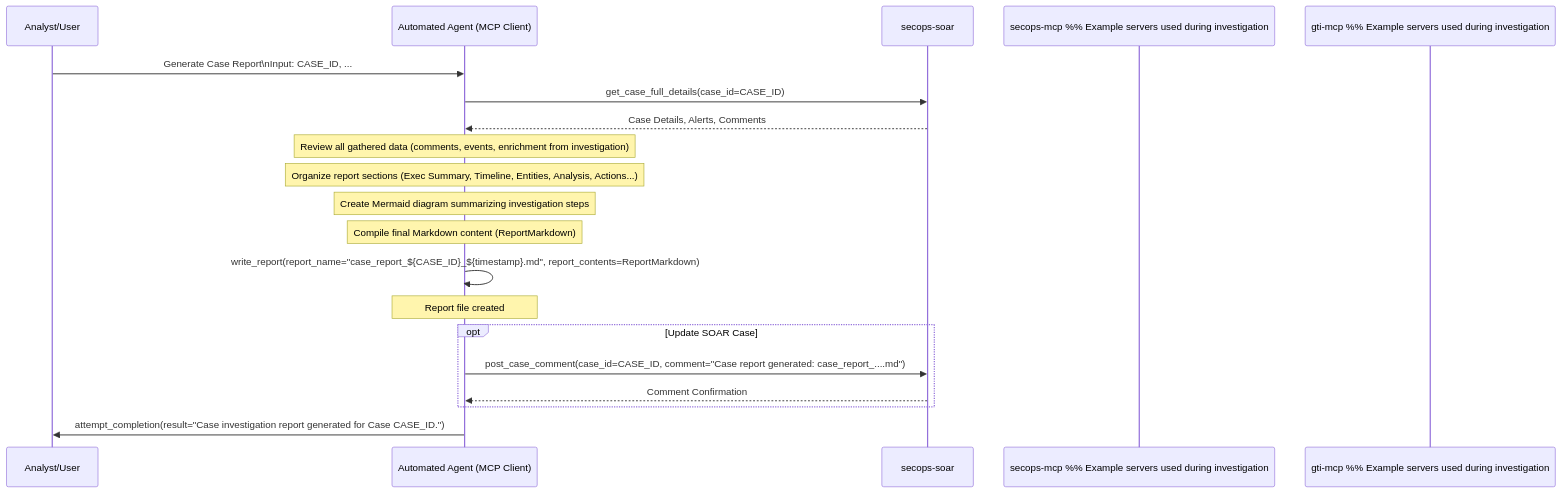
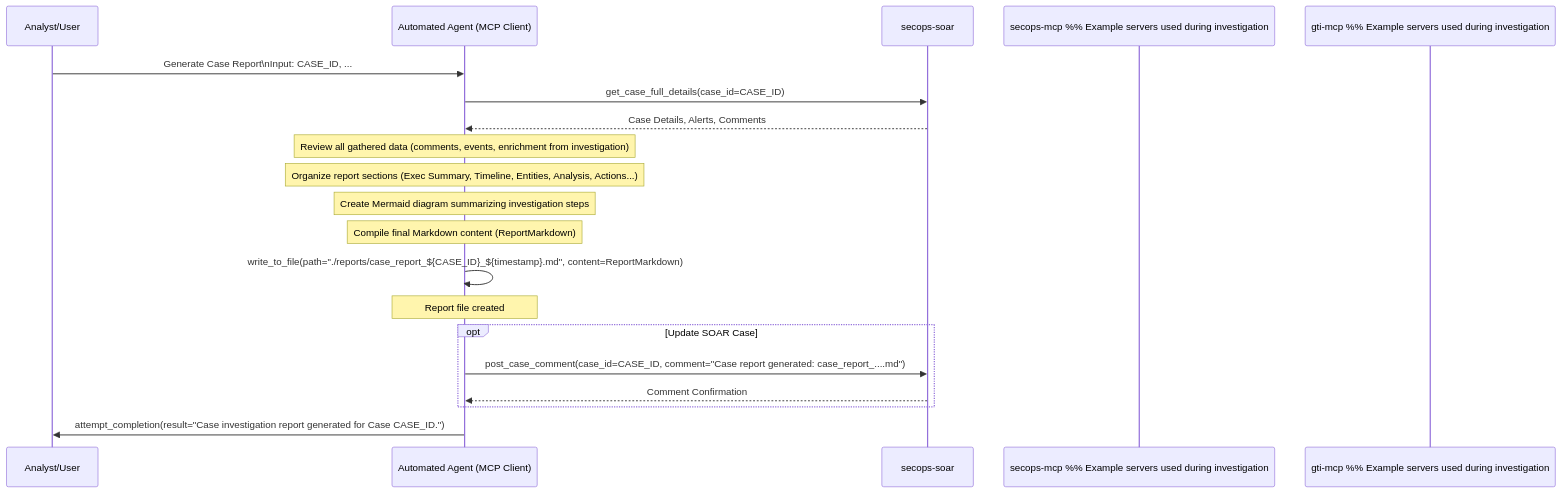
One commit to dandye/adk_runbooks changed the diagram in rules-bank/run_books/case_report.md. Above: the diagram before and after it, drawn with Mermaid. The commit also changed other lines of this file and 1 other file, not shown here.

````diff
--- a/rules-bank/run_books/case_report.md
+++ b/rules-bank/run_books/case_report.md
@@ -34,36 +52,36 @@
 ```{mermaid}
 sequenceDiagram
     participant Analyst/User
     participant AutomatedAgent as Automated Agent (MCP Client)
     participant SOAR as secops-soar
     participant SIEM as secops-mcp %% Example servers used during investigation
     participant GTI as gti-mcp  %% Example servers used during investigation
 
     Analyst/User->>AutomatedAgent: Generate Case Report\nInput: CASE_ID, ...
 
     %% Step 1: Gather Case Data
     AutomatedAgent->>SOAR: get_case_full_details(case_id=CASE_ID)
     SOAR-->>AutomatedAgent: Case Details, Alerts, Comments
     %% Potentially re-run list_events_by_alert if needed
 
     %% Step 2: Synthesize Findings
     Note over AutomatedAgent: Review all gathered data (comments, events, enrichment from investigation)
 
     %% Step 3 & 4: Structure Report & Generate Diagram
     Note over AutomatedAgent: Organize report sections (Exec Summary, Timeline, Entities, Analysis, Actions...)
     Note over AutomatedAgent: Create Mermaid diagram summarizing investigation steps
 
     %% Step 5 & 6: Format & Write Report
     Note over AutomatedAgent: Compile final Markdown content (ReportMarkdown)
-    AutomatedAgent->>AutomatedAgent: write_report(report_name="case_report_${CASE_ID}_${timestamp}.md", report_contents=ReportMarkdown)
+    AutomatedAgent->>AutomatedAgent: write_to_file(path="./reports/case_report_${CASE_ID}_${timestamp}.md", content=ReportMarkdown)
     Note over AutomatedAgent: Report file created
 
     %% Step 7: Optional SOAR Update
     opt Update SOAR Case
         AutomatedAgent->>SOAR: post_case_comment(case_id=CASE_ID, comment="Case report generated: case_report_....md")
         SOAR-->>AutomatedAgent: Comment Confirmation
     end
 
     AutomatedAgent->>Analyst/User: attempt_completion(result="Case investigation report generated for Case CASE_ID.")
 
 ```
````
